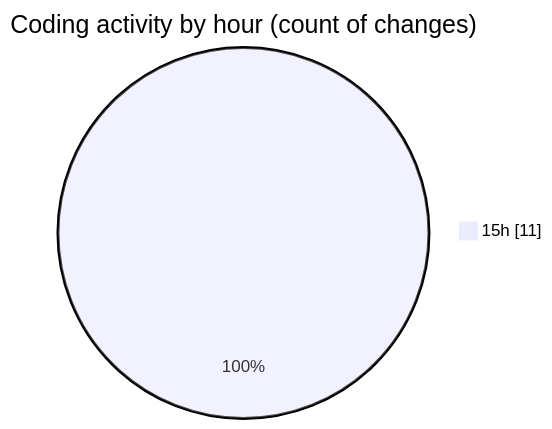
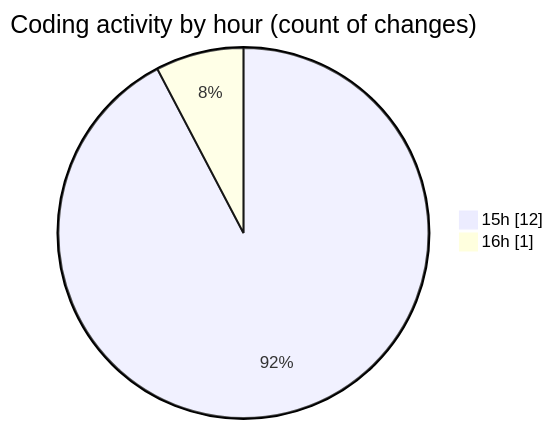
Before and after one commit to Ritupan-Deka/code-tracking: the second of 2 diagrams in 2025-06-19/scopesketch-app/README.md, drawn with Mermaid. The commit also changed other lines of this file and 1 other file, not shown here.

````diff
--- a/2025-06-19/scopesketch-app/README.md
+++ b/2025-06-19/scopesketch-app/README.md
@@ -29,5 +29,6 @@
 ```mermaid
 pie showData
 title Coding activity by hour (count of changes)
-"15h" : 11
+"15h" : 12
+"16h" : 1
 ```
````
